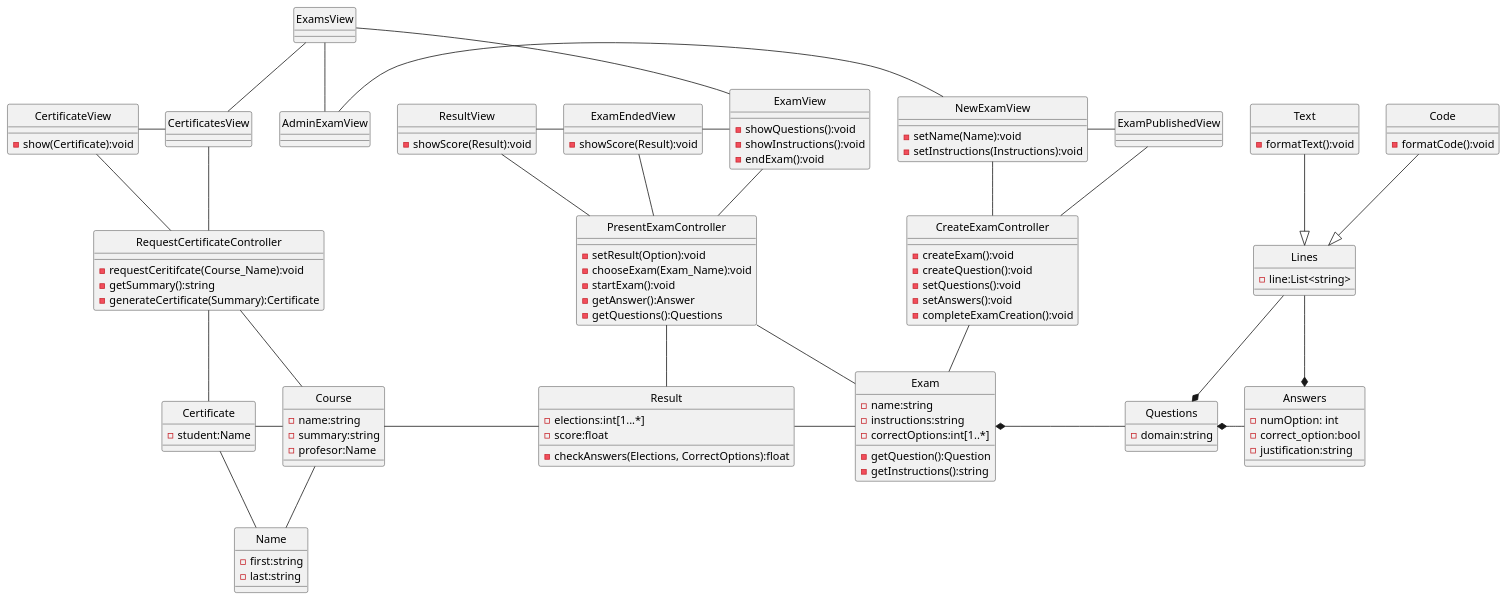
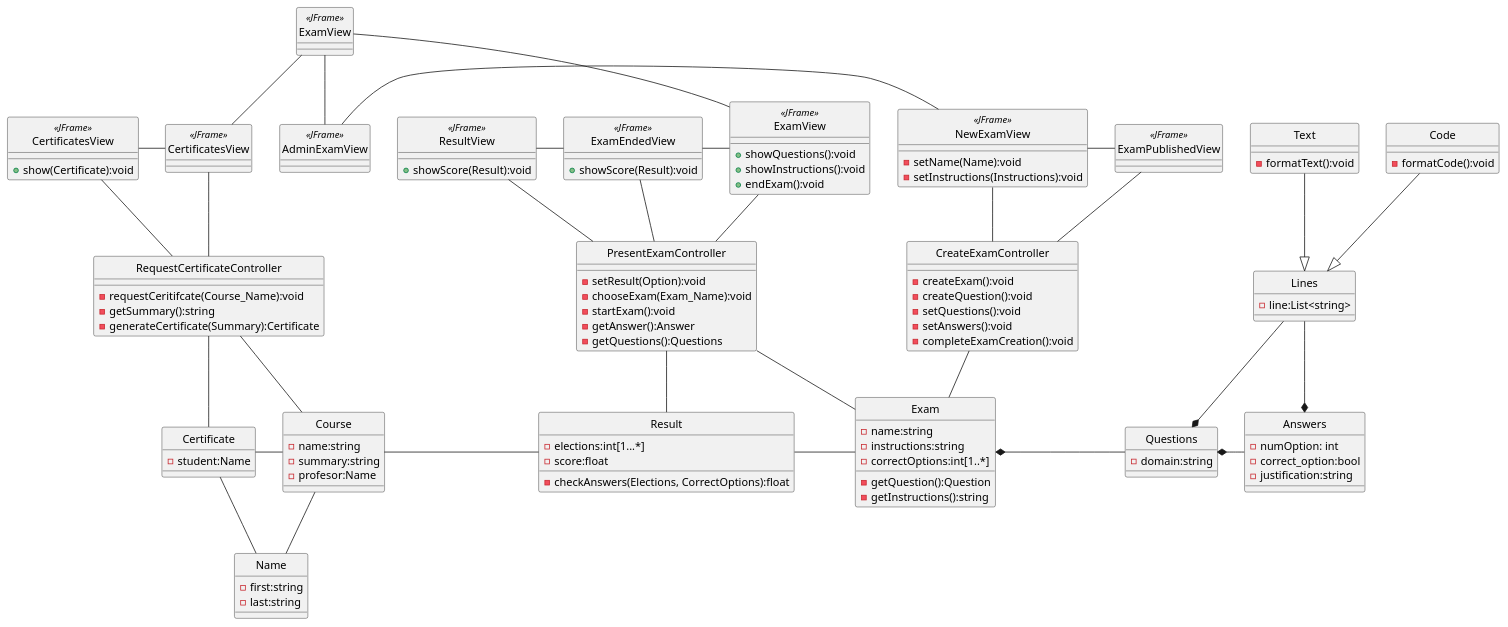
Before and after one commit to TheSProyect/Proyecto-IS-Grupo-1: the diagram in docs/logicalView/desingView/classDesign/Design-ClassDiagram.plantuml, drawn with PlantUML.

Commit message:
correccion classDiagram

```diff
--- a/docs/logicalView/desingView/classDesign/Design-ClassDiagram.plantuml
+++ b/docs/logicalView/desingView/classDesign/Design-ClassDiagram.plantuml
@@ -1,152 +1,153 @@
 @startuml Design-ClassDiagram
 skinparam style strictuml
 
-class ExamsView {
+class ExamsView as "ExamView" <<JFrame>> {
 }
-class ExamView {
+class ExamView as "ExamView" <<JFrame>> {
 __
--showQuestions():void
--showInstructions():void
--endExam():void
++showQuestions():void
++showInstructions():void
++endExam():void
 }
-class ExamEndedView{
+class ExamEndedView as "ExamEndedView" <<JFrame>>{
 __
--showScore(Result):void
++showScore(Result):void
 }
-class CertificatesView
-class CertificateView{
--show(Certificate):void
+class CertificatesView as "CertificatesView" <<JFrame>>
+class CertificateView as "CertificatesView" <<JFrame>>{
++show(Certificate):void
+
 }
-class ResultView{
+class ResultView as "ResultView" <<JFrame>>{
 __
--showScore(Result):void
++showScore(Result):void
 }
 
-class NewExamView {
+class NewExamView as "NewExamView" <<JFrame>>{
 -setName(Name):void
 -setInstructions(Instructions):void
 }
 
-class ExamPublishedView
-class AdminExamView
+class ExamPublishedView as "ExamPublishedView" <<JFrame>>
+class AdminExamView as "AdminExamView" <<JFrame>>
 
 class CreateExamController{
 __
 -createExam():void
 -createQuestion():void
 -setQuestions():void
 -setAnswers():void
 -completeExamCreation():void
 }
 
 class PresentExamController {
 __
 -setResult(Option):void
 -chooseExam(Exam_Name):void
 -startExam():void
 -getAnswer():Answer
 -getQuestions():Questions
 }
 
 class RequestCertificateController {
 __
 -requestCeritifcate(Course_Name):void
 -getSummary():string
 -generateCertificate(Summary):Certificate
 }
 
 class Questions{
 -domain:string
 }
 class Answers {
 -numOption: int
 -correct_option:bool
 -justification:string
 }
 class Exam {
 -name:string
 -instructions:string
 -correctOptions:int[1..*]
 __
 -getQuestion():Question
 -getInstructions():string
 }
 class Result {
 -elections:int[1...*]
 -score:float
 __
 -checkAnswers(Elections, CorrectOptions):float
 }
 
 class Certificate {
 -student:Name
 }
 
 class Name {
     -first:string
     -last:string
 }
 
 class Course{
 -name:string
 -summary:string
 -profesor:Name
 }
 
 class Lines {
     -line:List<string>
 }
 
 class Text {
     -formatText():void
 }
 
 class Code {
     -formatCode():void
 }
 
 CreateExamController -u- NewExamView
 CreateExamController -u- ExamPublishedView
 
 RequestCertificateController -u- CertificatesView
 RequestCertificateController -u- CertificateView
 
 PresentExamController -u- ExamView
 PresentExamController -u- ResultView
 PresentExamController -u- ExamEndedView
 
 CreateExamController -- Exam
 PresentExamController -- Exam
 PresentExamController -- Result
 
 RequestCertificateController -- Certificate
 
 RequestCertificateController -- Course
 
 
 ExamsView -- AdminExamView
 ExamsView -- CertificatesView
 ExamsView -- ExamView
 NewExamView -r- ExamPublishedView
 AdminExamView -r- NewExamView
 
 ExamEndedView -l- ResultView
 ExamView -l- ExamEndedView
 
 CertificatesView -l- CertificateView
 
 Questions *-r- Answers
 Exam *-r- Questions
 
 Lines <|-u- Code
 Lines <|-u- Text
 
 Lines --* Answers
 Lines --* Questions
 
 Exam -l- Result
 Result -l- Course
 Course -l- Certificate
 Name -u- Certificate
 Name -u- Course
 @enduml
```
